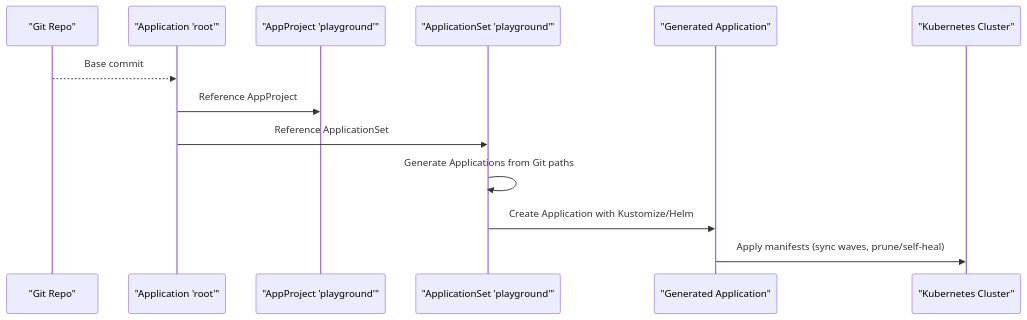
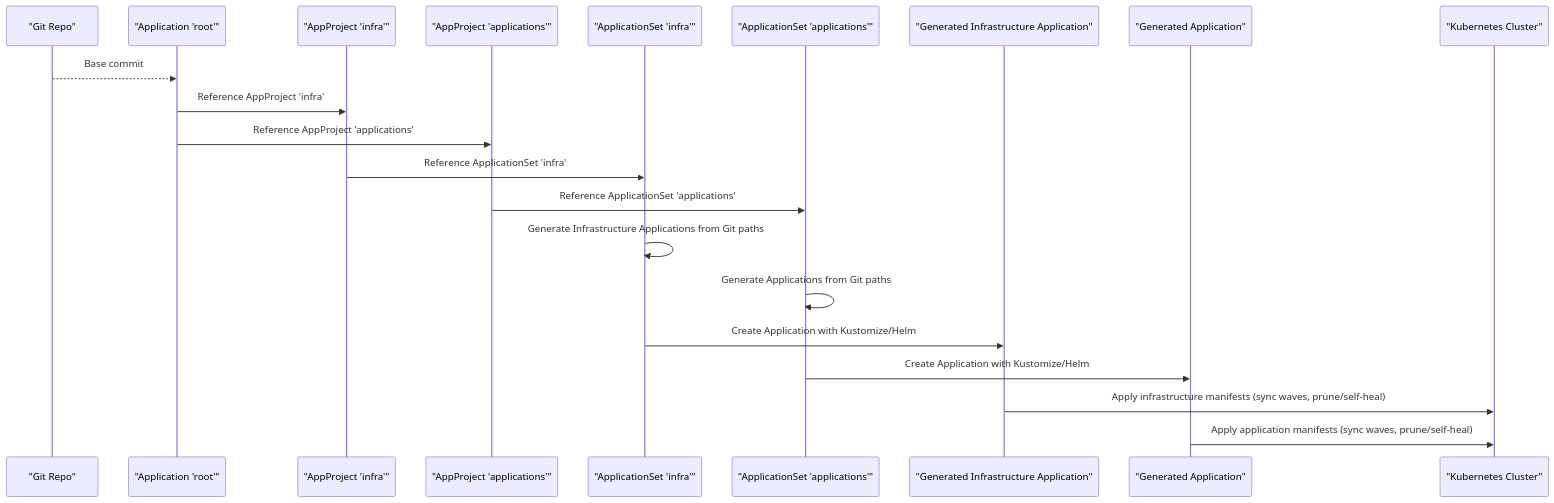
The fourth of 5 diagrams in .qoder/repowiki/en/content/Playground Applications/Playground Applications.md (Hoangvu75/k8s_manifest), drawn with Mermaid before and after one commit. The commit also changed other lines of this file and 24 other files, not shown here.

````diff
--- a/.qoder/repowiki/en/content/Playground Applications/Playground Applications.md
+++ b/.qoder/repowiki/en/content/Playground Applications/Playground Applications.md
@@ -245,15 +243,23 @@
 ```mermaid
 sequenceDiagram
 participant GitOps as "Git Repo"
 participant Root as "Application 'root'"
-participant Proj as "AppProject 'playground'"
-participant AS as "ApplicationSet 'playground'"
-participant App as "Generated Application"
+participant InfraProj as "AppProject 'infra'"
+participant AppsProj as "AppProject 'applications'"
+participant InfraAS as "ApplicationSet 'infra'"
+participant AppsAS as "ApplicationSet 'applications'"
+participant InfraApp as "Generated Infrastructure Application"
+participant AppsApp as "Generated Application"
 participant K8s as "Kubernetes Cluster"
 GitOps-->>Root : Base commit
-Root->>Proj : Reference AppProject
-Root->>AS : Reference ApplicationSet
-AS->>AS : Generate Applications from Git paths
-AS->>App : Create Application with Kustomize/Helm
-App->>K8s : Apply manifests (sync waves, prune/self-heal)
+Root->>InfraProj : Reference AppProject 'infra'
+Root->>AppsProj : Reference AppProject 'applications'
+InfraProj->>InfraAS : Reference ApplicationSet 'infra'
+AppsProj->>AppsAS : Reference ApplicationSet 'applications'
+InfraAS->>InfraAS : Generate Infrastructure Applications from Git paths
+AppsAS->>AppsAS : Generate Applications from Git paths
+InfraAS->>InfraApp : Create Application with Kustomize/Helm
+AppsAS->>AppsApp : Create Application with Kustomize/Helm
+InfraApp->>K8s : Apply infrastructure manifests (sync waves, prune/self-heal)
+AppsApp->>K8s : Apply application manifests (sync waves, prune/self-heal)
 ```
````
